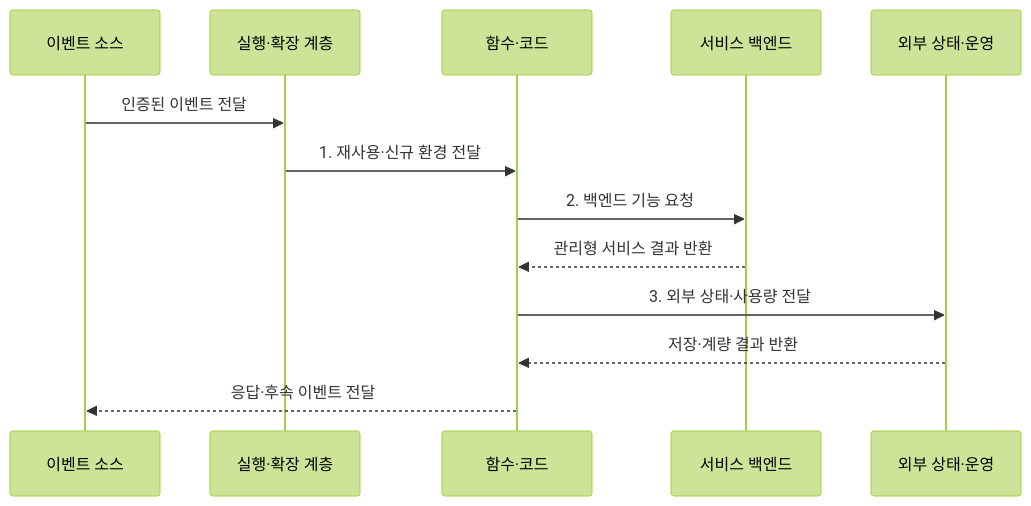
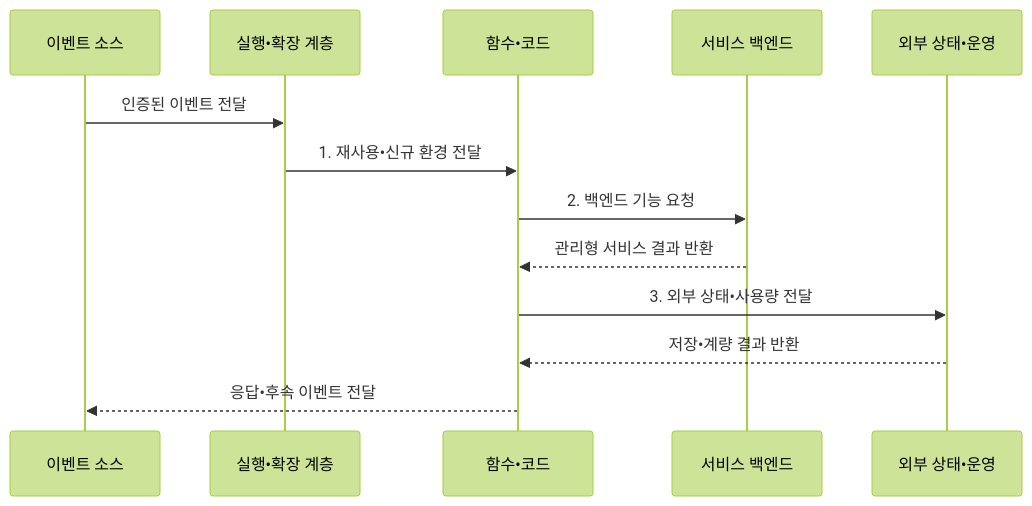
Before and after one commit to agnusdei1207/knowledge-base: the second of 2 diagrams in src/content/docs/notes/08-latest-tech/160_serverless_computing.md, drawn with Mermaid (forest theme). The commit also changed other lines of this file and 953 other files, not shown here.

````diff
--- a/src/content/docs/notes/08-latest-tech/160_serverless_computing.md
+++ b/src/content/docs/notes/08-latest-tech/160_serverless_computing.md
@@ -105,15 +105,15 @@
 ```mermaid
 sequenceDiagram
     participant E as 이벤트 소스
-    participant S as 실행·확장 계층
-    participant F as 함수·코드
+    participant S as 실행•확장 계층
+    participant F as 함수•코드
     participant B as 서비스 백엔드
-    participant O as 외부 상태·운영
+    participant O as 외부 상태•운영
     E->>S: 인증된 이벤트 전달
-    S->>F: 1. 재사용·신규 환경 전달
+    S->>F: 1. 재사용•신규 환경 전달
     F->>B: 2. 백엔드 기능 요청
     B-->>F: 관리형 서비스 결과 반환
-    F->>O: 3. 외부 상태·사용량 전달
-    O-->>F: 저장·계량 결과 반환
-    F-->>E: 응답·후속 이벤트 전달
+    F->>O: 3. 외부 상태•사용량 전달
+    O-->>F: 저장•계량 결과 반환
+    F-->>E: 응답•후속 이벤트 전달
 ```
````
